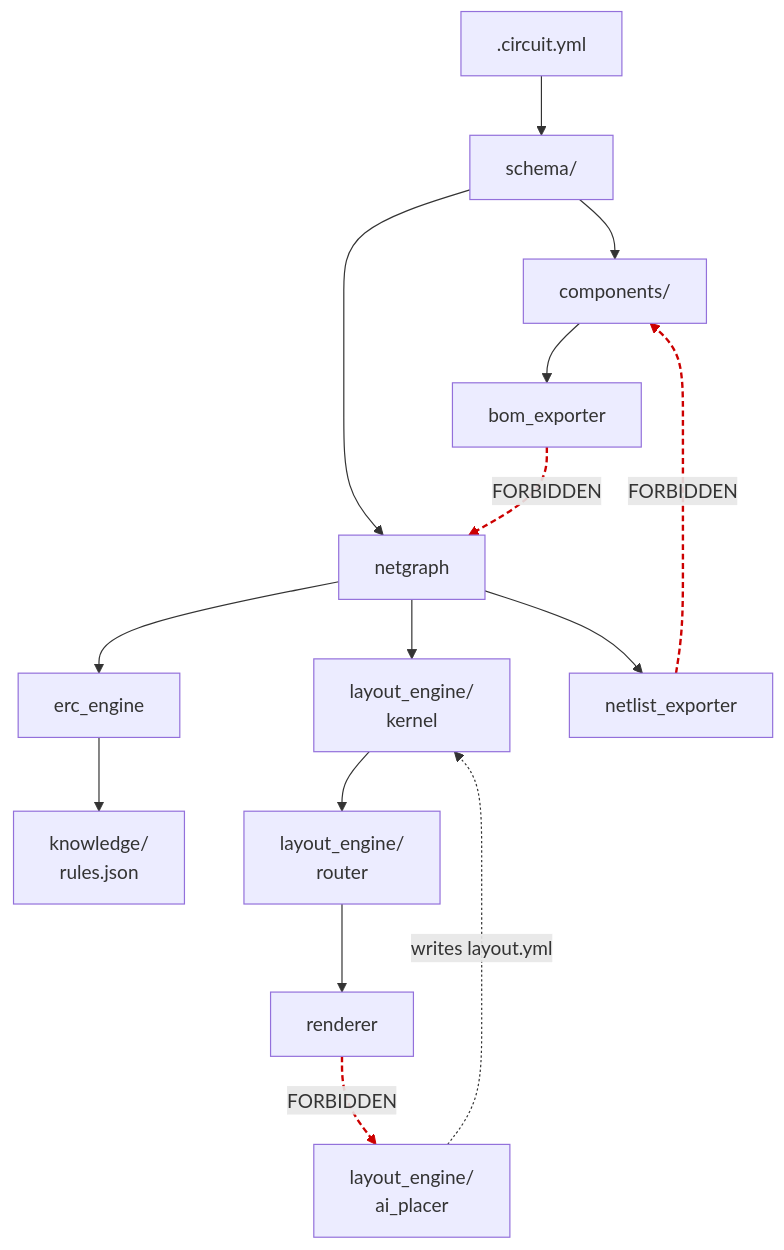
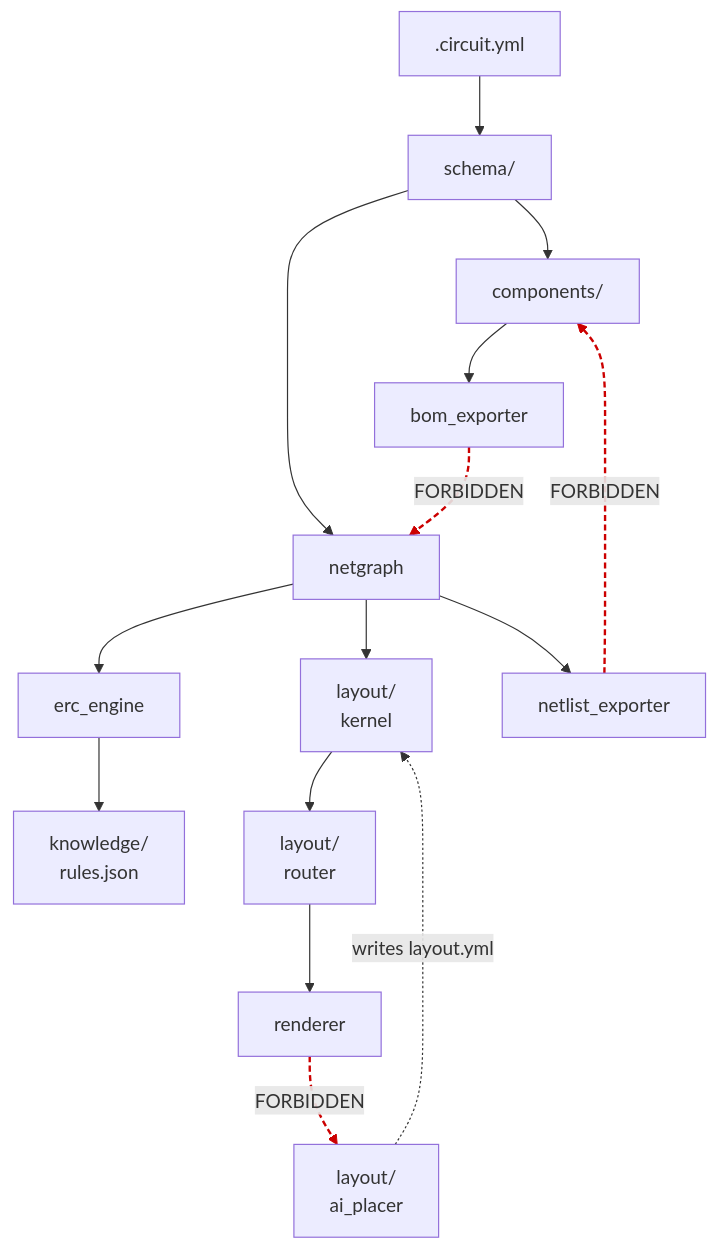
Before and after one commit to tgd1975/CircuitSmith: the second of 2 diagrams in docs/developers/ARCHITECTURE.md, drawn with Mermaid. The commit also changed other lines of this file and 72 other files, not shown here.

````diff
--- a/docs/developers/ARCHITECTURE.md
+++ b/docs/developers/ARCHITECTURE.md
@@ -58,34 +62,34 @@
 ```mermaid
 graph TD
     YAML[".circuit.yml"]
     SCHEMA["schema/"]
     COMPONENTS["components/"]
     NETGRAPH["netgraph"]
     ERC["erc_engine"]
     KNOWLEDGE["knowledge/<br/>rules.json"]
-    LAYOUT_KERNEL["layout_engine/<br/>kernel"]
-    LAYOUT_ROUTER["layout_engine/<br/>router"]
-    LAYOUT_AI["layout_engine/<br/>ai_placer"]
+    LAYOUT_KERNEL["layout/<br/>kernel"]
+    LAYOUT_ROUTER["layout/<br/>router"]
+    LAYOUT_AI["layout/<br/>ai_placer"]
     RENDERER["renderer"]
     BOM_EXP["bom_exporter"]
     NETLIST_EXP["netlist_exporter"]
 
     YAML --> SCHEMA
     SCHEMA --> COMPONENTS
     SCHEMA --> NETGRAPH
     NETGRAPH --> ERC
     ERC --> KNOWLEDGE
     NETGRAPH --> LAYOUT_KERNEL
     LAYOUT_KERNEL --> LAYOUT_ROUTER
     LAYOUT_AI -.->|writes layout.yml| LAYOUT_KERNEL
     LAYOUT_ROUTER --> RENDERER
     COMPONENTS --> BOM_EXP
     NETGRAPH --> NETLIST_EXP
 
     BOM_EXP -.->|FORBIDDEN| NETGRAPH
     NETLIST_EXP -.->|FORBIDDEN| COMPONENTS
     RENDERER -.->|FORBIDDEN| LAYOUT_AI
 
     classDef forbidden stroke:#c00,stroke-width:2px,stroke-dasharray:5 3
     linkStyle 11,12,13 stroke:#c00,stroke-width:2px,stroke-dasharray:5 3
 ```
````
